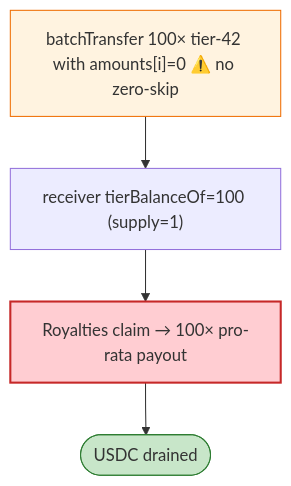
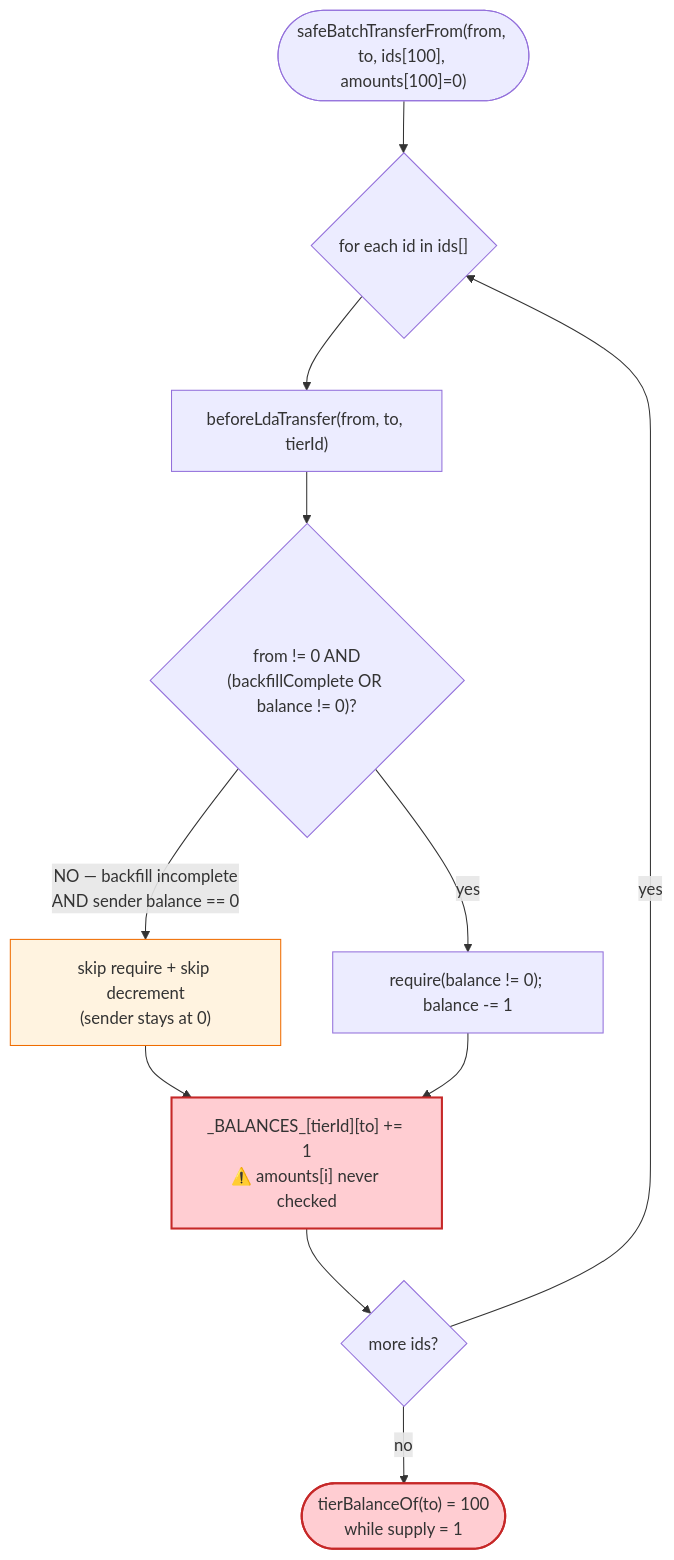
One commit to sanbir/evm-hack-registry changed the third of 4 diagrams in 2026-06-RoyalRoyalties_exp/RoyalRoyalties_exp.md. Above: the diagram before and after it, drawn with Mermaid. The commit also changed other lines of this file and 32 other files, not shown here.

````diff
--- a/2026-06-RoyalRoyalties_exp/RoyalRoyalties_exp.md
+++ b/2026-06-RoyalRoyalties_exp/RoyalRoyalties_exp.md
@@ -40,10 +402,17 @@
 ```mermaid
 flowchart TD
-    B["batchTransfer 100× tier-42 with amounts[i]=0 ⚠️ no zero-skip"] --> I["receiver tierBalanceOf=100 (supply=1)"]
-    I --> CL["Royalties claim → 100× pro-rata payout"]
-    CL --> OUT(["USDC drained"])
+    Start(["safeBatchTransferFrom(from, to, ids[100], amounts[100]=0)"]) --> Loop{"for each id in ids[]"}
+    Loop --> Hook["beforeLdaTransfer(from, to, tierId)"]
+    Hook --> FromChk{"from != 0 AND<br/>(backfillComplete OR balance != 0)?"}
+    FromChk -- "NO — backfill incomplete<br/>AND sender balance == 0" --> SkipFrom["skip require + skip decrement<br/>(sender stays at 0)"]
+    FromChk -- "yes" --> DoFrom["require(balance != 0); balance -= 1"]
+    SkipFrom --> ToBlk["_BALANCES_[tierId][to] += 1<br/>⚠️ amounts[i] never checked"]
+    DoFrom --> ToBlk
+    ToBlk --> Next{"more ids?"}
+    Next -- yes --> Loop
+    Next -- no --> Done(["tierBalanceOf(to) = 100<br/>while supply = 1"])
 
-    style B fill:#fff3e0,stroke:#ef6c00
-    style CL fill:#ffcdd2,stroke:#c62828,stroke-width:2px
-    style OUT fill:#c8e6c9,stroke:#2e7d32
+    style SkipFrom fill:#fff3e0,stroke:#ef6c00
+    style ToBlk fill:#ffcdd2,stroke:#c62828,stroke-width:2px
+    style Done fill:#ffcdd2,stroke:#c62828,stroke-width:2px
 ```
````
